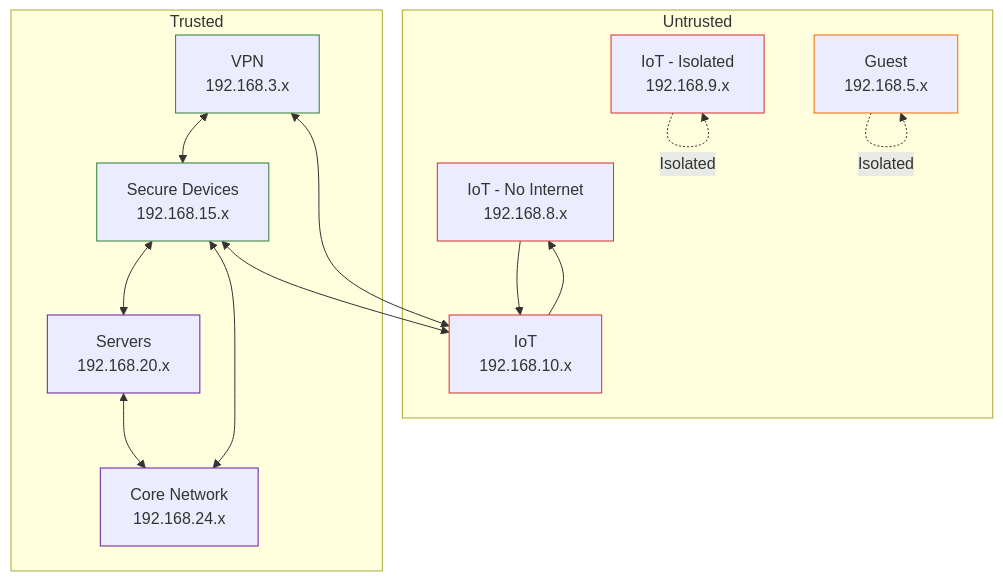
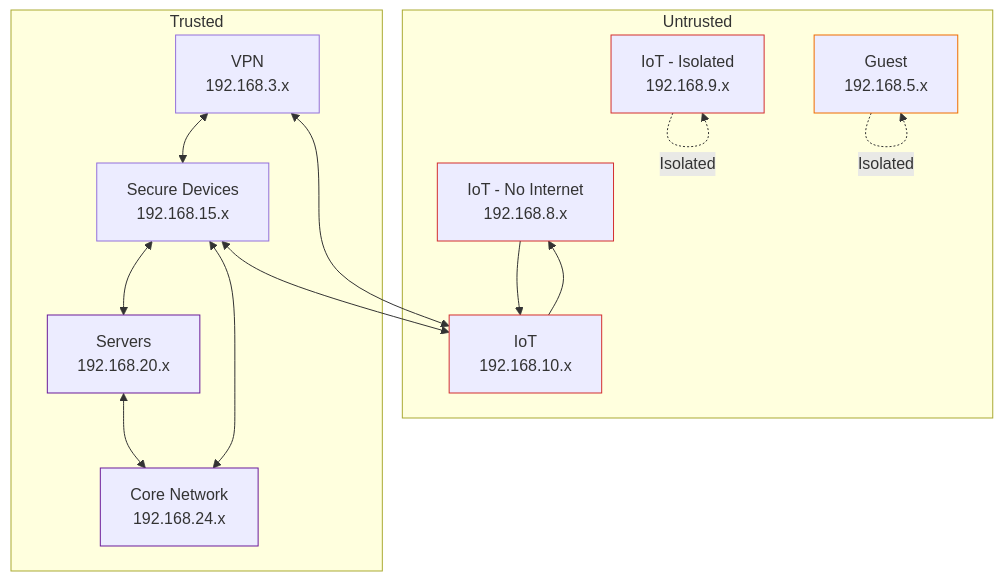
The fourth of 5 diagrams in README.md (jaredfiorali/infrastructure), drawn with Mermaid before and after one commit. The commit also changed other lines of this file and 3 other files, not shown here.

Commit message:
Update all badges and charts to 30d

````diff
--- a/README.md
+++ b/README.md
@@ -381,35 +381,35 @@
 ```mermaid
 graph TD
     %% Untrusted VLANs
     subgraph "Untrusted"
         D[IoT - Isolated<br>192.168.9.x]:::iot
         C[IoT - No Internet<br>192.168.8.x]:::iot
         E[IoT<br>192.168.10.x]:::iot
         B[Guest<br>192.168.5.x]:::guest
     end
 
     %% Trusted VLANs
     subgraph "Trusted"
         A[VPN<br>192.168.3.x]:::secure_devices
         F[Secure Devices<br>192.168.15.x]:::secure_devices
         G[Servers<br>192.168.20.x]:::trusted
         H[Core Network<br>192.168.24.x]:::trusted
     end
 
     %% Allowed communication paths
     A <--> F
     F <--> G
     G <--> H
     F <--> H
     A <--> E
     F <--> E
     C --> E
     E --> C
     B -.->|Isolated| B
     D -.->|Isolated| D
 
 classDef iot stroke:#d32f2f
 classDef guest stroke:#ef6c00
-classDef secure_devices stroke:#2e7d32
+classDef secure_devices stroke:#2e30d32
 classDef trusted stroke:#6a1b9a
 ```
````
